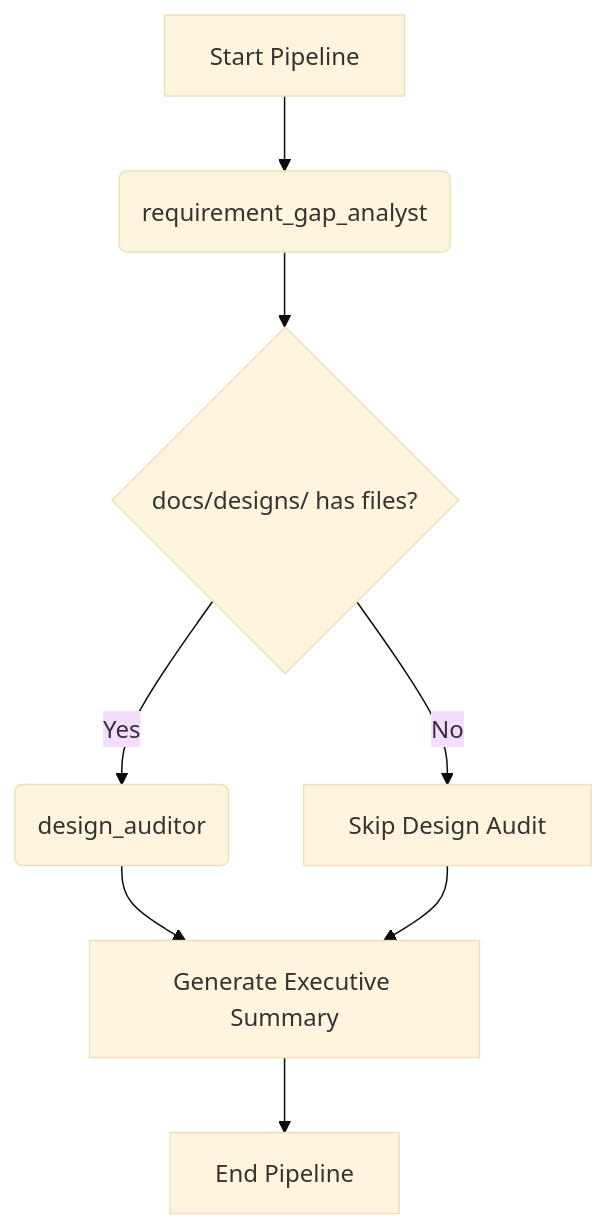
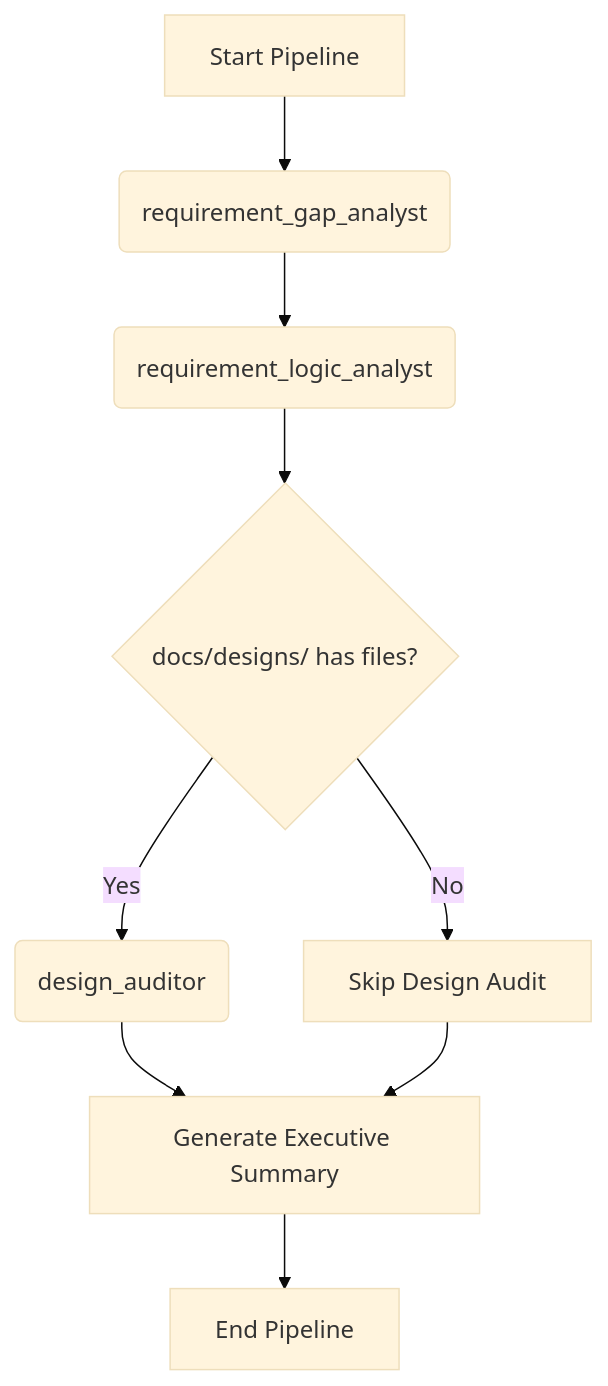
One commit to naulmai/qa-auto-kit changed the diagram in workflows/01_Requirement_Review_Workflow.md. Above: the diagram before and after it, drawn with Mermaid (base theme). The commit also changed other lines of this file and 11 other files, not shown here.

Commit message:
feat(phase-0): foundation fix - align workflows, add logic anomaly template, and clarify architecture

````diff
--- a/workflows/01_Requirement_Review_Workflow.md
+++ b/workflows/01_Requirement_Review_Workflow.md
@@ -12,10 +12,11 @@
 ```mermaid
 graph TD
     A[Start Pipeline] --> B(requirement_gap_analyst)
-    B --> C{docs/designs/ has files?}
-    C -->|Yes| D(design_auditor)
-    C -->|No| E[Skip Design Audit]
-    D --> F[Generate Executive Summary]
-    E --> F
-    F --> G[End Pipeline]
+    B --> C(requirement_logic_analyst)
+    C --> D{docs/designs/ has files?}
+    D -->|Yes| E(design_auditor)
+    D -->|No| F[Skip Design Audit]
+    E --> G[Generate Executive Summary]
+    F --> G
+    G --> H[End Pipeline]
 ```
````
